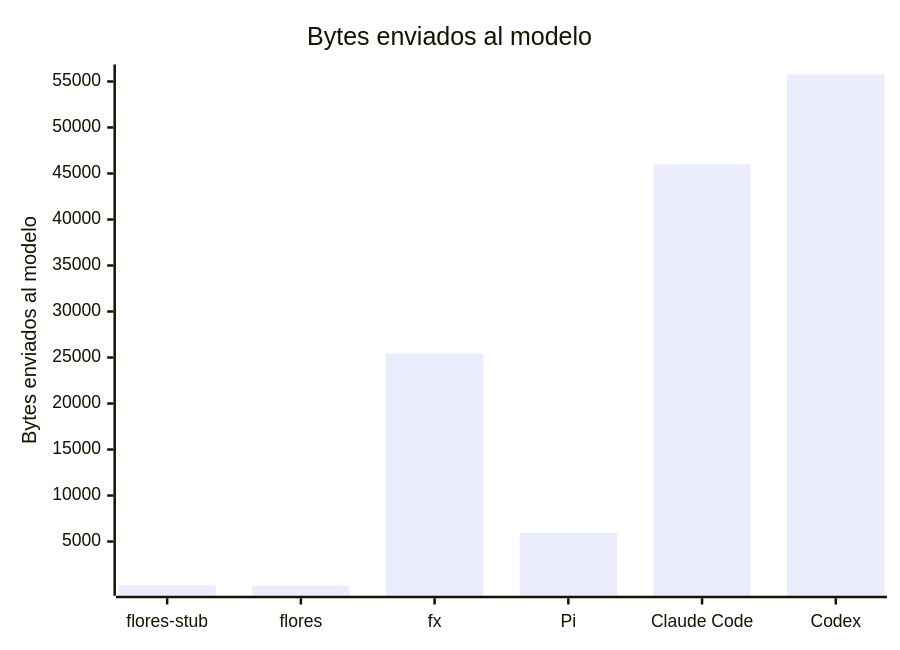
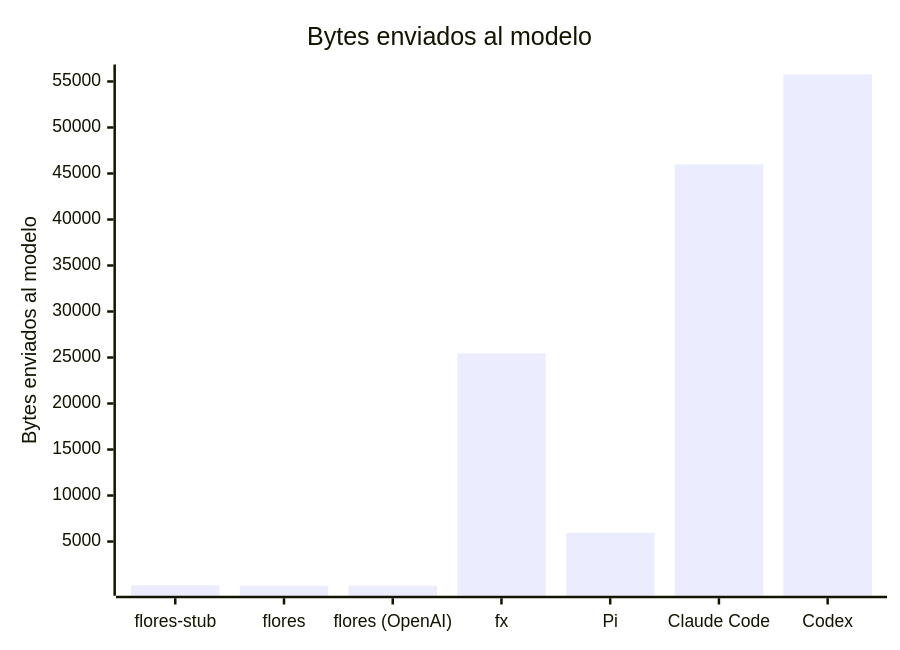
Before and after one commit to sfloresone/flores: the second of 6 diagrams in benchmarks/published/README.md, drawn with Mermaid. The commit also changed other lines of this file and 6 other files, not shown here.

````diff
--- a/benchmarks/published/README.md
+++ b/benchmarks/published/README.md
@@ -125,7 +131,7 @@
 ```mermaid
 xychart-beta
     title "Bytes enviados al modelo"
-    x-axis ["flores-stub", "flores", "fx", "Pi", "Claude Code", "Codex"]
+    x-axis ["flores-stub", "flores", "flores (OpenAI)", "fx", "Pi", "Claude Code", "Codex"]
     y-axis "Bytes enviados al modelo"
-    bar [238.00, 194.00, 25448.00, 5947.00, 45993.00, 55759.00]
+    bar [238.00, 194.00, 204.00, 25448.00, 5947.00, 45993.00, 55759.00]
 ```
````
